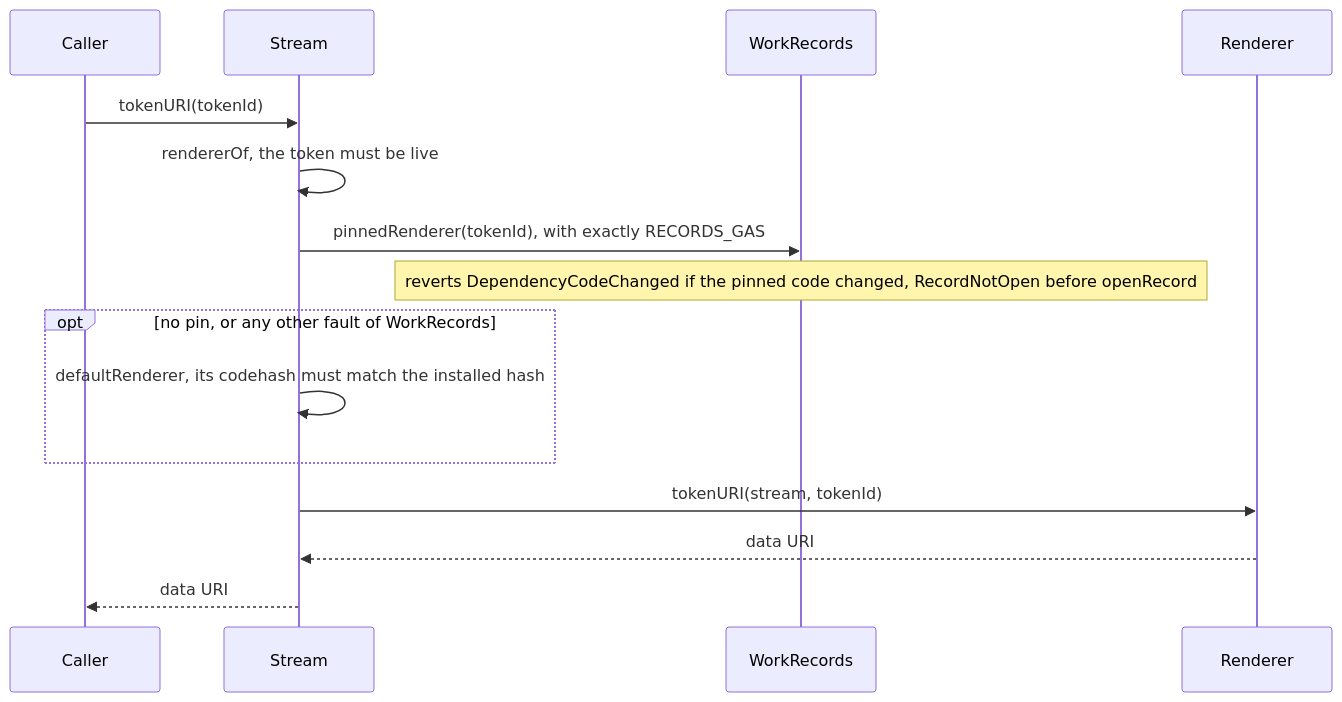
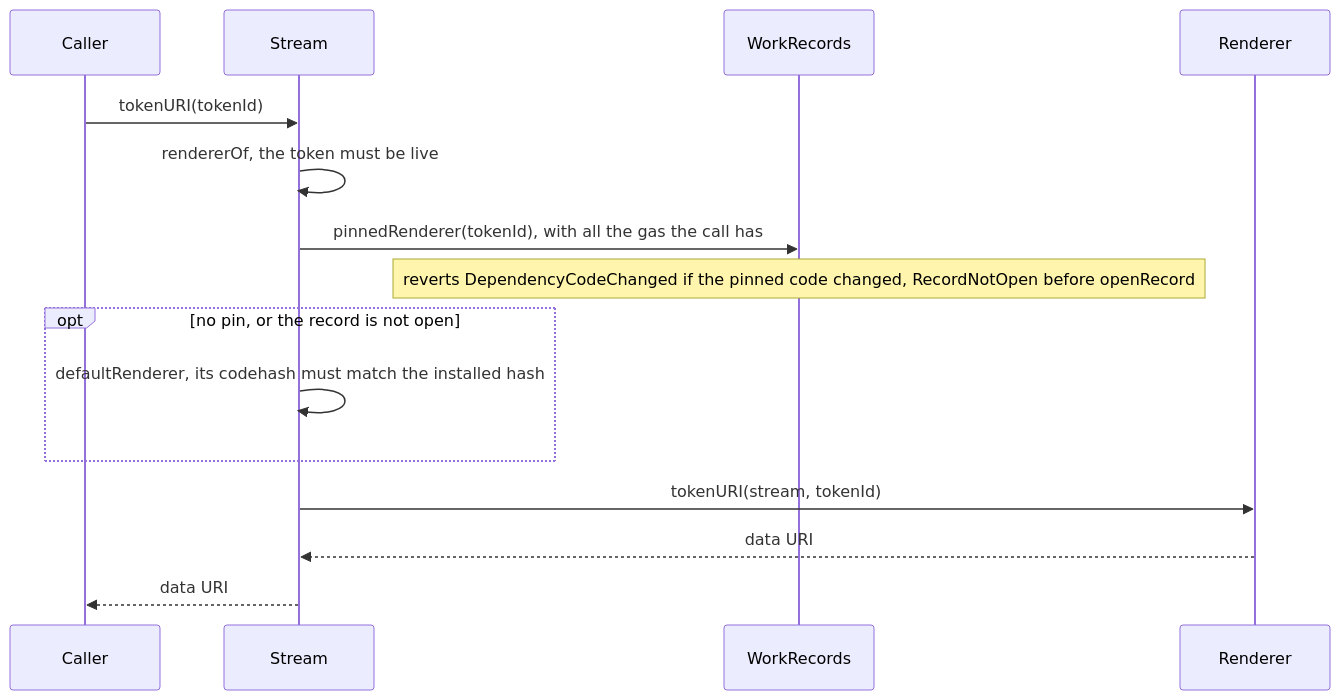
Before and after one commit to 6529-Collections/6529-works: the third of 6 diagrams in docs/spec/rendering-and-tokenuri.md, drawn with Mermaid. The commit also changed other lines of this file and 369 other files, not shown here.

````diff
--- a/docs/spec/rendering-and-tokenuri.md
+++ b/docs/spec/rendering-and-tokenuri.md
@@ -115,17 +115,17 @@
 ```mermaid
 sequenceDiagram
     participant C as Caller
     participant S as Stream
     participant W as WorkRecords
     participant R as Renderer
     C->>S: tokenURI(tokenId)
     S->>S: rendererOf, the token must be live
-    S->>W: pinnedRenderer(tokenId), with exactly RECORDS_GAS
+    S->>W: pinnedRenderer(tokenId), with all the gas the call has
     Note over W: reverts DependencyCodeChanged if the pinned code changed, RecordNotOpen before openRecord
-    opt no pin, or any other fault of WorkRecords
+    opt no pin, or the record is not open
         S->>S: defaultRenderer, its codehash must match the installed hash
     end
     S->>R: tokenURI(stream, tokenId)
     R-->>S: data URI
     S-->>C: data URI
 ```
````
